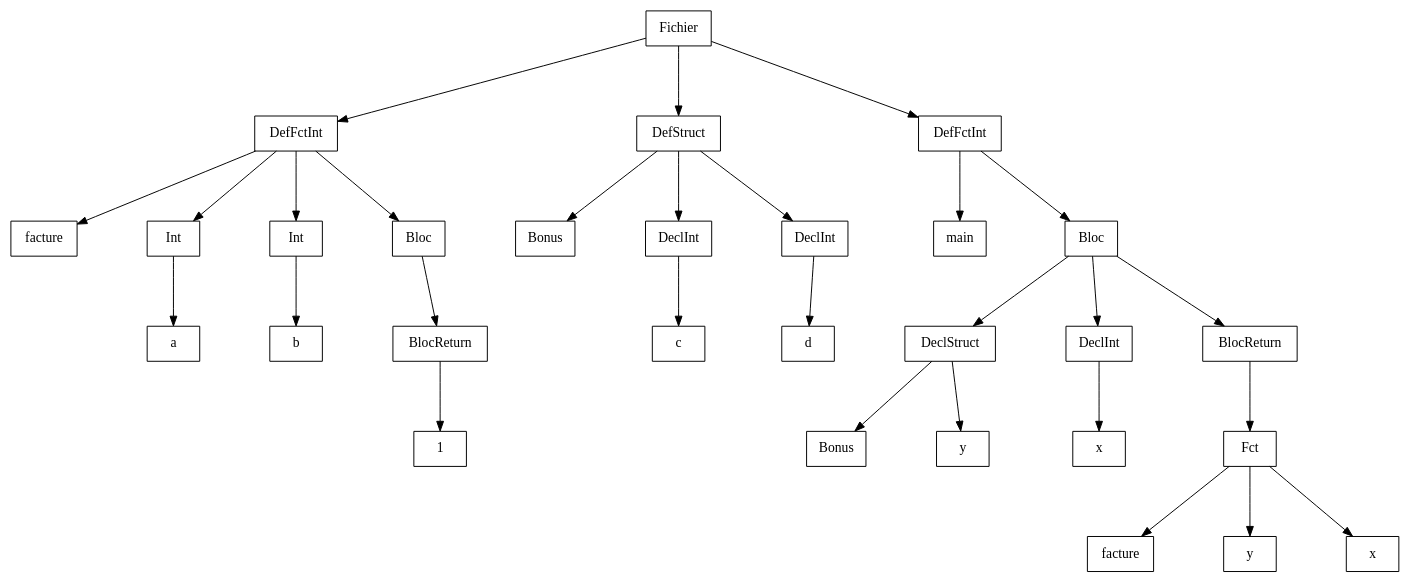
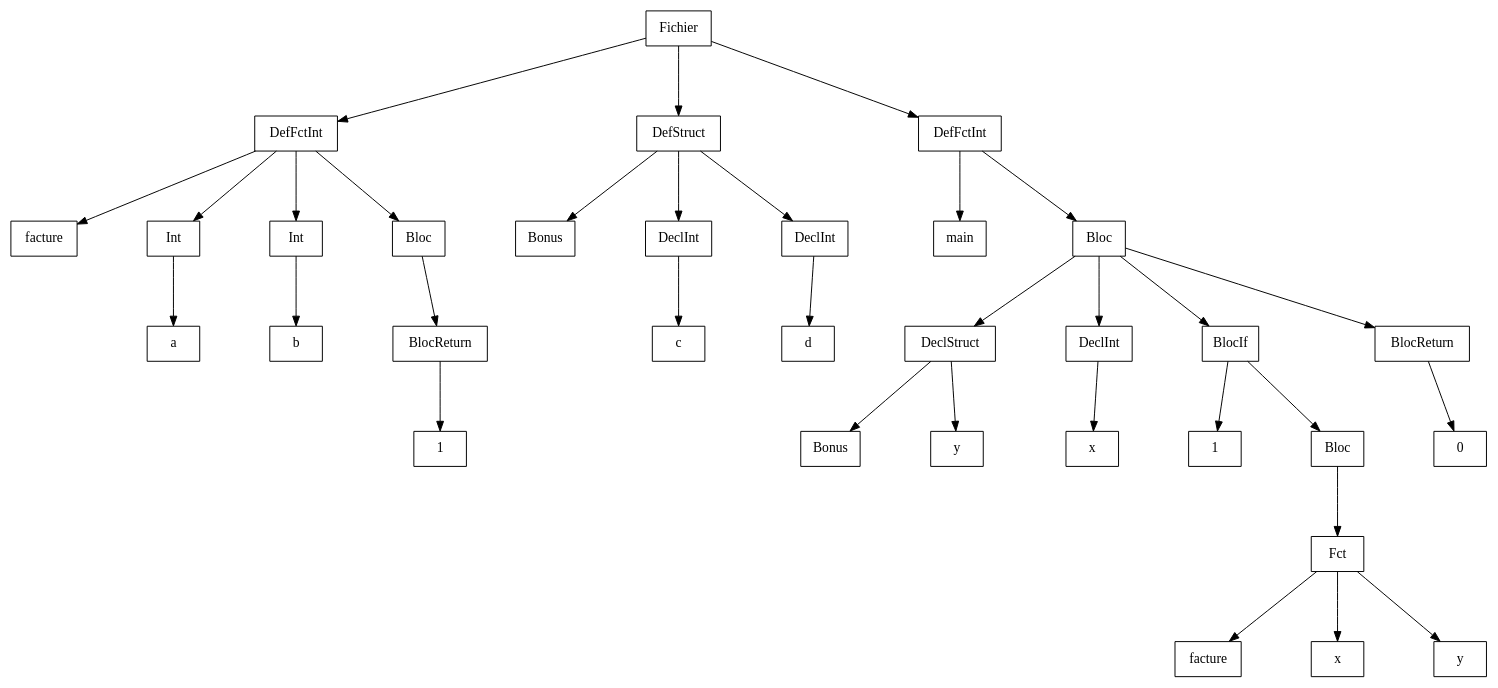
Before and after one commit to Hamza-ABDOULHOUSSEN/compil: the diagram in Code/out/ast/dot/Test_Erreur_Semantique/type_param2Y.dot, drawn with Graphviz. The commit also changed 29 other files, not shown here.

```diff
--- a/Code/out/ast/dot/Test_Erreur_Semantique/type_param2Y.dot
+++ b/Code/out/ast/dot/Test_Erreur_Semantique/type_param2Y.dot
@@ -1,64 +1,72 @@
 digraph "ast"{
 
 	nodesep=1;
 	ranksep=1;
 
 	N0 [label="Fichier", shape="box"];
 	N1 [label="DefFctInt", shape="box"];
 	N2 [label="facture", shape="box"];
 	N3 [label="Int", shape="box"];
 	N4 [label="a", shape="box"];
 	N5 [label="Int", shape="box"];
 	N6 [label="b", shape="box"];
 	N7 [label="Bloc", shape="box"];
 	N8 [label="BlocReturn", shape="box"];
 	N9 [label="1", shape="box"];
 	N10 [label="DefStruct", shape="box"];
 	N11 [label="Bonus", shape="box"];
 	N12 [label="DeclInt", shape="box"];
 	N13 [label="c", shape="box"];
 	N14 [label="DeclInt", shape="box"];
 	N15 [label="d", shape="box"];
 	N16 [label="DefFctInt", shape="box"];
 	N17 [label="main", shape="box"];
 	N18 [label="Bloc", shape="box"];
 	N19 [label="DeclStruct", shape="box"];
 	N20 [label="Bonus", shape="box"];
 	N21 [label="y", shape="box"];
 	N22 [label="DeclInt", shape="box"];
 	N23 [label="x", shape="box"];
-	N24 [label="BlocReturn", shape="box"];
-	N25 [label="Fct", shape="box"];
-	N26 [label="facture", shape="box"];
-	N27 [label="y", shape="box"];
-	N28 [label="x", shape="box"];
+	N24 [label="BlocIf", shape="box"];
+	N25 [label="1", shape="box"];
+	N26 [label="Bloc", shape="box"];
+	N27 [label="Fct", shape="box"];
+	N28 [label="facture", shape="box"];
+	N29 [label="x", shape="box"];
+	N30 [label="y", shape="box"];
+	N31 [label="BlocReturn", shape="box"];
+	N32 [label="0", shape="box"];
 
 	N1 -> N2; 
 	N3 -> N4; 
 	N1 -> N3; 
 	N5 -> N6; 
 	N1 -> N5; 
 	N8 -> N9; 
 	N7 -> N8; 
 	N1 -> N7; 
 	N0 -> N1; 
 	N10 -> N11; 
 	N12 -> N13; 
 	N10 -> N12; 
 	N14 -> N15; 
 	N10 -> N14; 
 	N0 -> N10; 
 	N16 -> N17; 
 	N19 -> N20; 
 	N19 -> N21; 
 	N18 -> N19; 
 	N22 -> N23; 
 	N18 -> N22; 
-	N25 -> N26; 
-	N25 -> N27; 
-	N25 -> N28; 
 	N24 -> N25; 
+	N27 -> N28; 
+	N27 -> N29; 
+	N27 -> N30; 
+	N26 -> N27; 
+	N24 -> N26; 
 	N18 -> N24; 
+	N31 -> N32; 
+	N18 -> N31; 
 	N16 -> N18; 
 	N0 -> N16; 
 }
```
